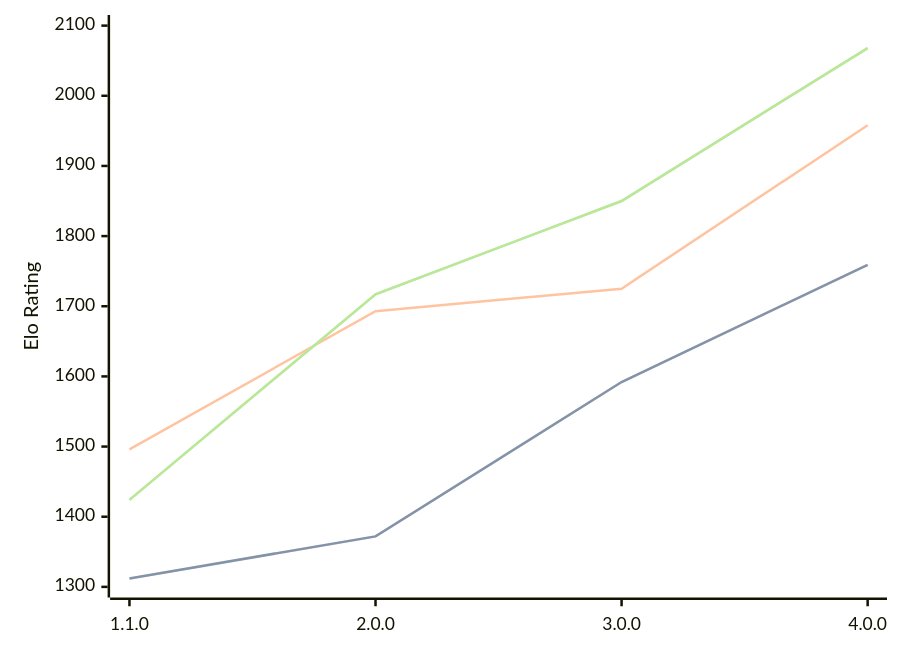
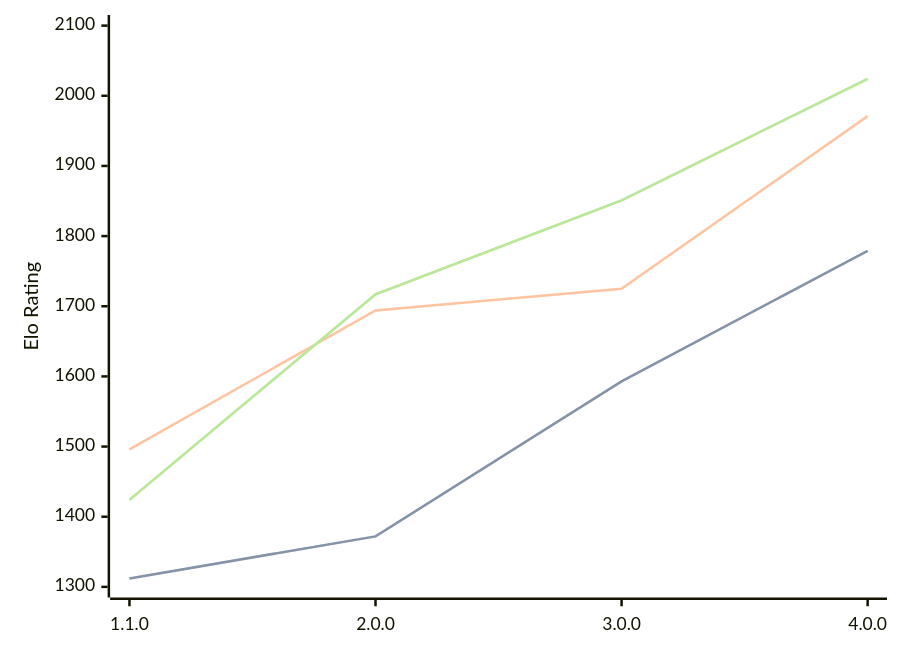
The diagram in engines/Laura.md (computer-chess-index/cci), drawn with Mermaid before and after one commit. The commit also changed other lines of this file, not shown here.

Commit message:
Update CCI Ratings (ELO VLTC) - 2026-05-15

````diff
--- a/engines/Laura.md
+++ b/engines/Laura.md
@@ -35,11 +35,11 @@
 ```mermaid
 %%{init: {"theme":"base","themeVariables":{"seriesColors:['#a3a3a3','#222221','#faa371']}}}%%
 xychart-beta
   x-axis ["1.1.0", "2.0.0", "3.0.0", "4.0.0"]
   y-axis "Elo Rating" 1300 --> 2100
-  line "STC (8.0+0.08s)" [1312, 1372, 1592, 1759]
-  line "STC (8.0+0.08s)" [1312, 1372, 1592, 1759]
-  line "LTC (60.0+0.60s)" [1496, 1693, 1725, 1958]
-  line "VLTC (2m24s+1.12s)" [1424, 1717, 1850, 2068]
-  line "VLTC (2m24s+1.12s)" [1424, 1717, 1850, 2068]
+  line "STC (8.0+0.08s)" [1312, 1372, 1593, 1779]
+  line "STC (8.0+0.08s)" [1312, 1372, 1593, 1779]
+  line "LTC (60.0+0.60s)" [1496, 1694, 1725, 1971]
+  line "VLTC (2m24s+1.12s)" [1424, 1717, 1851, 2024]
+  line "VLTC (2m24s+1.12s)" [1424, 1717, 1851, 2024]
 ```
````
